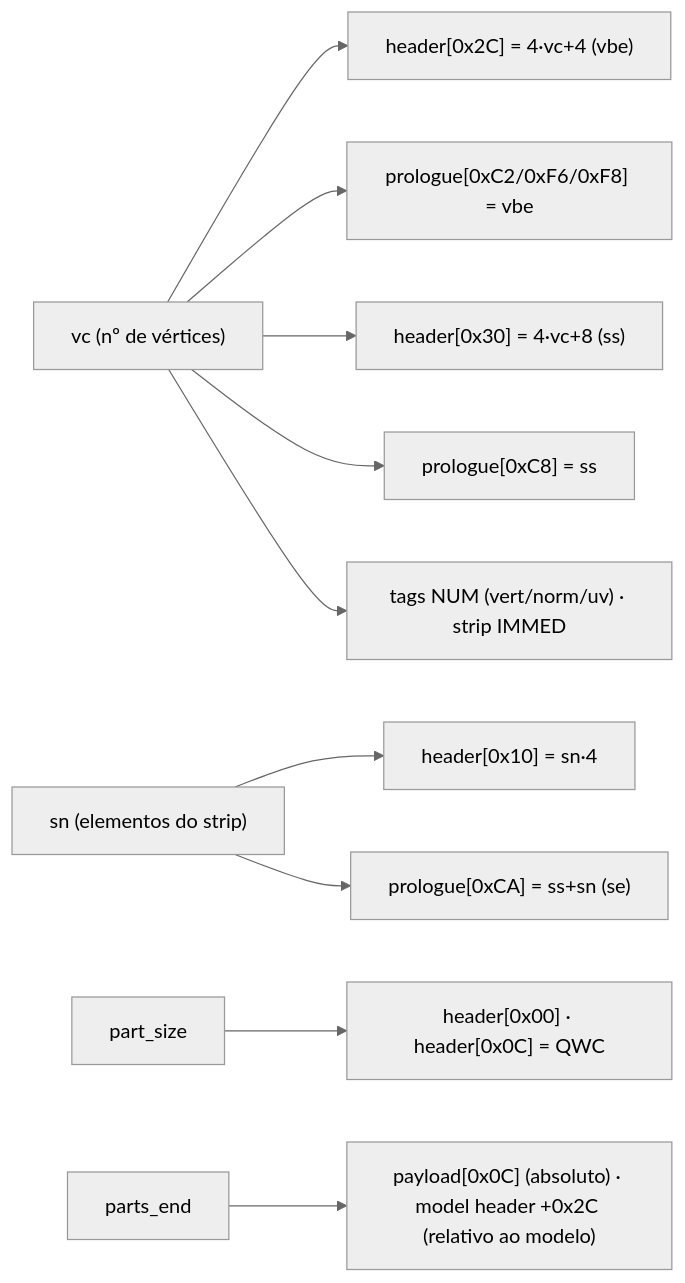
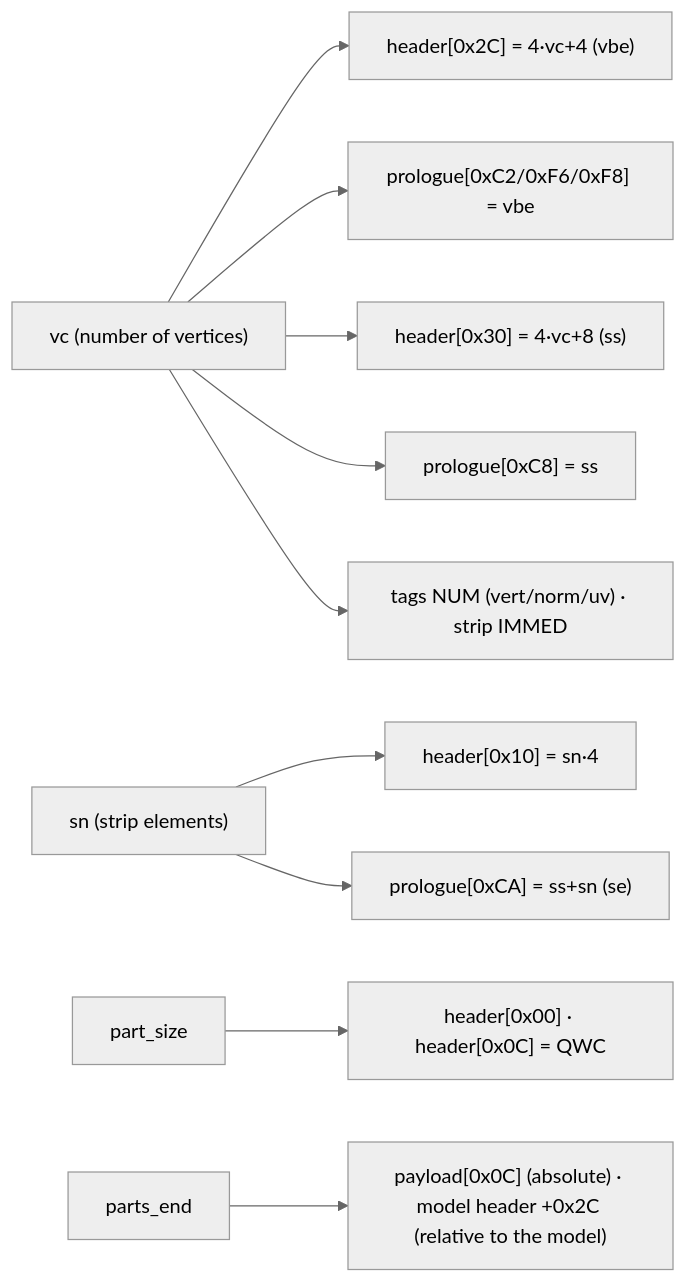
The third of 3 diagrams in README.md (FVitor7/wepes3d), drawn with Mermaid (neutral theme) before and after one commit. The commit also changed other lines of this file and 30 other files, not shown here.

````diff
--- a/README.md
+++ b/README.md
@@ -112,12 +169,12 @@
 ```mermaid
 flowchart LR
-    VC["vc (nº de vértices)"] --> H2C["header[0x2C] = 4·vc+4 (vbe)"]
+    VC["vc (number of vertices)"] --> H2C["header[0x2C] = 4·vc+4 (vbe)"]
     VC --> HC2["prologue[0xC2/0xF6/0xF8] = vbe"]
     VC --> H30["header[0x30] = 4·vc+8 (ss)"]
     VC --> HC8["prologue[0xC8] = ss"]
     VC --> TAGS["tags NUM (vert/norm/uv) · strip IMMED"]
-    SN["sn (elementos do strip)"] --> H10["header[0x10] = sn·4"]
+    SN["sn (strip elements)"] --> H10["header[0x10] = sn·4"]
     SN --> HCA["prologue[0xCA] = ss+sn (se)"]
     PS["part_size"] --> H00["header[0x00] · header[0x0C] = QWC"]
-    PE["parts_end"] --> PP["payload[0x0C] (absoluto) · model header +0x2C (relativo ao modelo)"]
+    PE["parts_end"] --> PP["payload[0x0C] (absolute) · model header +0x2C (relative to the model)"]
 ```
````
